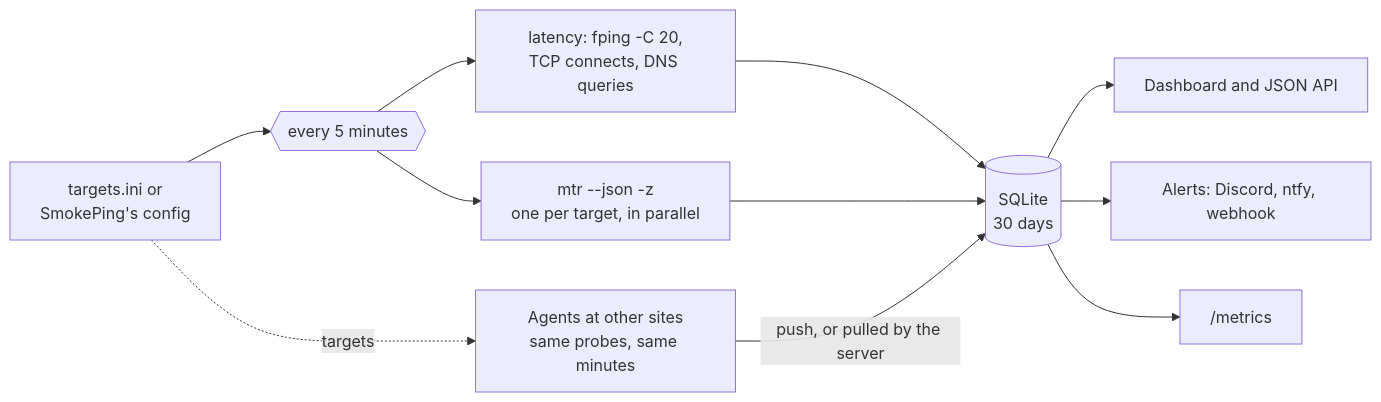
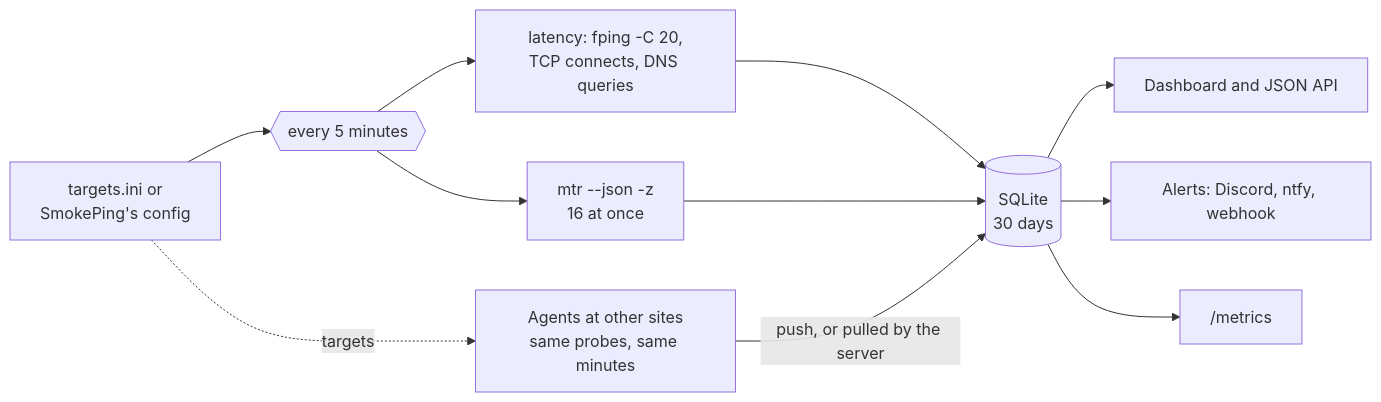
One commit to ST-DEVPT/smoketrace changed the diagram in README.md. Above: the diagram before and after it, drawn with Mermaid. The commit also changed other lines of this file and 4 other files, not shown here.

````diff
--- a/README.md
+++ b/README.md
@@ -375,13 +375,13 @@
 ```mermaid
 flowchart LR
   T["targets.ini or<br>SmokePing's config"] --> R{{"every 5 minutes"}}
   R --> F["latency: fping -C 20,<br>TCP connects, DNS queries"]
-  R --> M["mtr --json -z<br>one per target, in parallel"]
+  R --> M["mtr --json -z<br>16 at once"]
   F --> DB[("SQLite<br>30 days")]
   M --> DB
   AG["Agents at other sites<br>same probes, same minutes"] -- "push, or pulled by the server" --> DB
   T -. "targets" .-> AG
   DB --> A["Dashboard and JSON API"]
   DB --> AL["Alerts: Discord, ntfy, webhook"]
   DB --> P["/metrics"]
 ```
````
